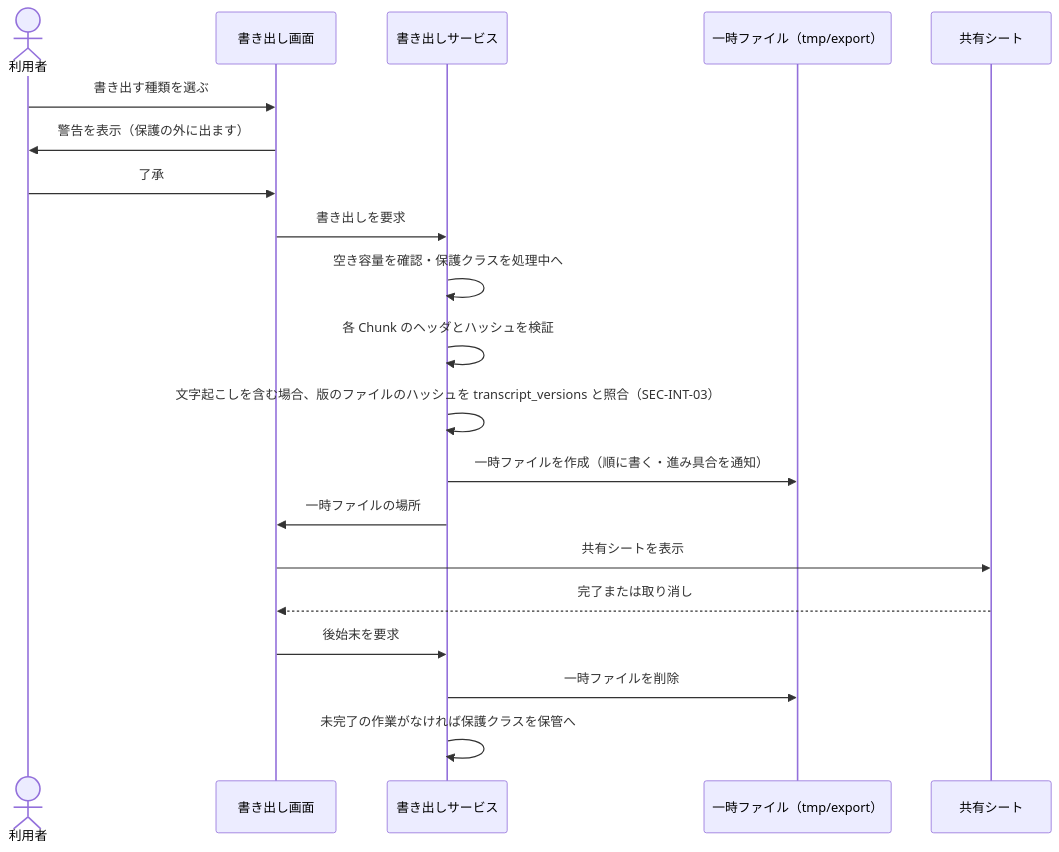
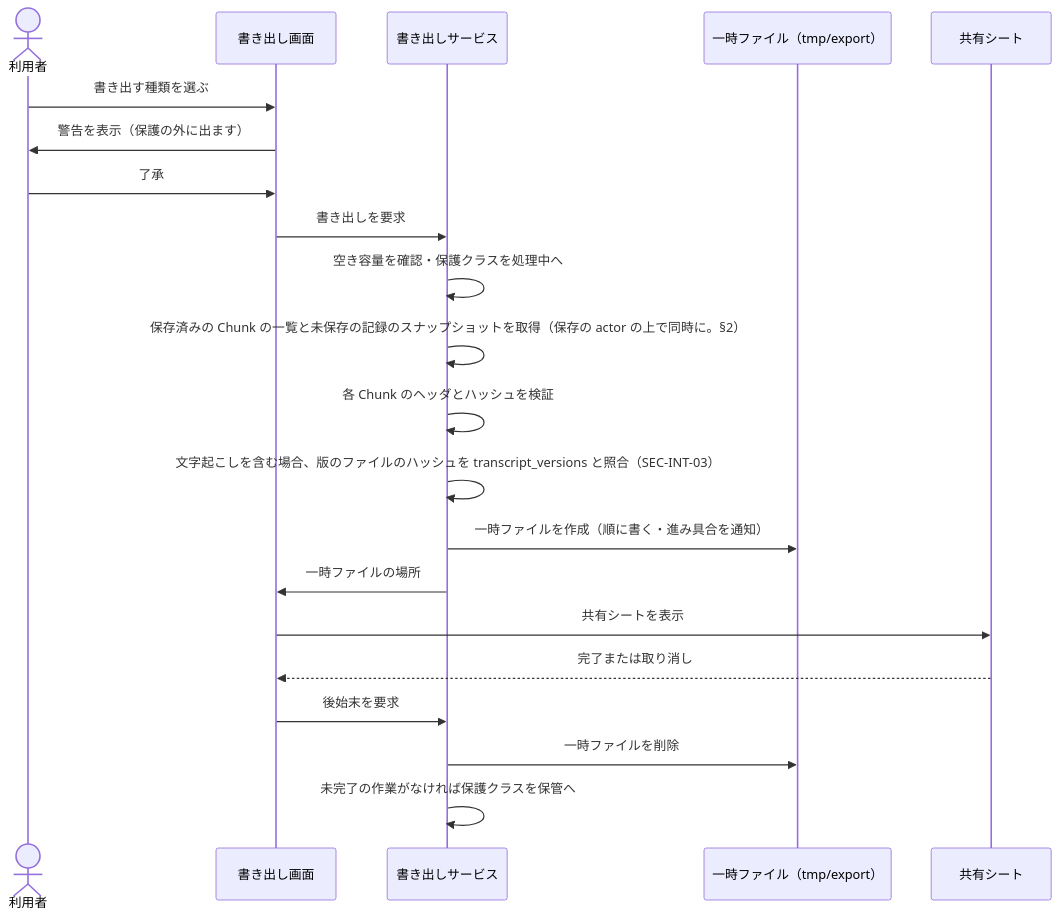
Before and after one commit to myoshi2891/Minutes-Mobile: the diagram in docs/02-basic-design/export.md, drawn with Mermaid. The commit also changed other lines of this file and 4 other files, not shown here.

````diff
--- a/docs/02-basic-design/export.md
+++ b/docs/02-basic-design/export.md
@@ -61,22 +62,23 @@
 ```mermaid
 sequenceDiagram
     actor U as 利用者
     participant V as 書き出し画面
     participant E as 書き出しサービス
     participant T as 一時ファイル（tmp/export）
     participant S as 共有シート
     U->>V: 書き出す種類を選ぶ
     V->>U: 警告を表示（保護の外に出ます）
     U->>V: 了承
     V->>E: 書き出しを要求
     E->>E: 空き容量を確認・保護クラスを処理中へ
+    E->>E: 保存済みの Chunk の一覧と未保存の記録のスナップショットを取得（保存の actor の上で同時に。§2）
     E->>E: 各 Chunk のヘッダとハッシュを検証
     E->>E: 文字起こしを含む場合、版のファイルのハッシュを transcript_versions と照合（SEC-INT-03）
     E->>T: 一時ファイルを作成（順に書く・進み具合を通知）
     E->>V: 一時ファイルの場所
     V->>S: 共有シートを表示
     S-->>V: 完了または取り消し
     V->>E: 後始末を要求
     E->>T: 一時ファイルを削除
     E->>E: 未完了の作業がなければ保護クラスを保管へ
 ```
````
